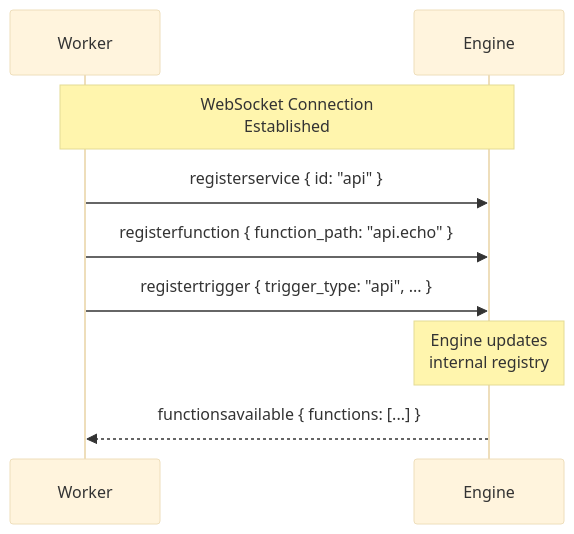
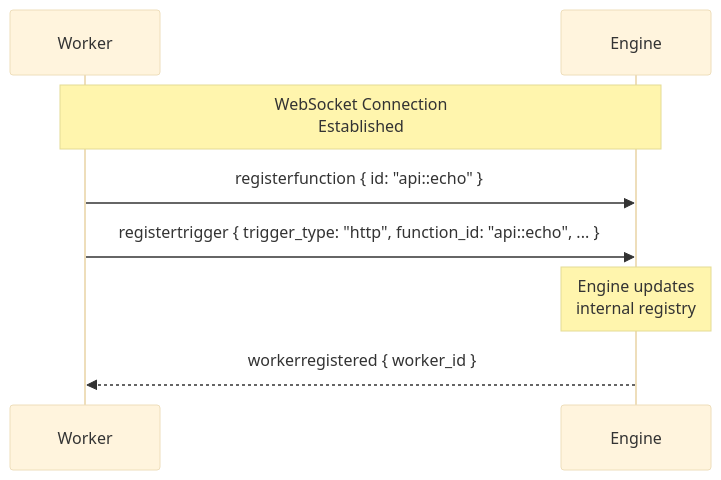
The first of 2 diagrams in content/advanced/protocol.mdx (iii-hq/docs), drawn with Mermaid (base theme) before and after one commit. The commit also changed other lines of this file and 27 other files, not shown here.

````diff
--- a/content/advanced/protocol.mdx
+++ b/content/advanced/protocol.mdx
@@ -24,15 +23,14 @@
 ```mermaid
 sequenceDiagram
     participant W as Worker
     participant E as Engine
 
     Note over W,E: WebSocket Connection<br/>Established
 
-    W->>E: registerservice { id: "api" }
-    W->>E: registerfunction { function_path: "api.echo" }
-    W->>E: registertrigger { trigger_type: "api", ... }
+    W->>E: registerfunction { id: "api::echo" }
+    W->>E: registertrigger { trigger_type: "http", function_id: "api::echo", ... }
 
     Note over E: Engine updates<br/>internal registry
 
-    E-->>W: functionsavailable { functions: [...] }
+    E-->>W: workerregistered { worker_id }
 ```
````
